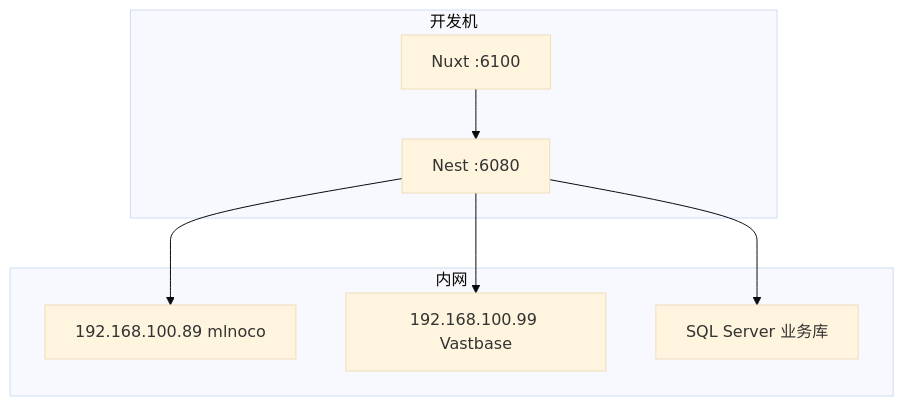
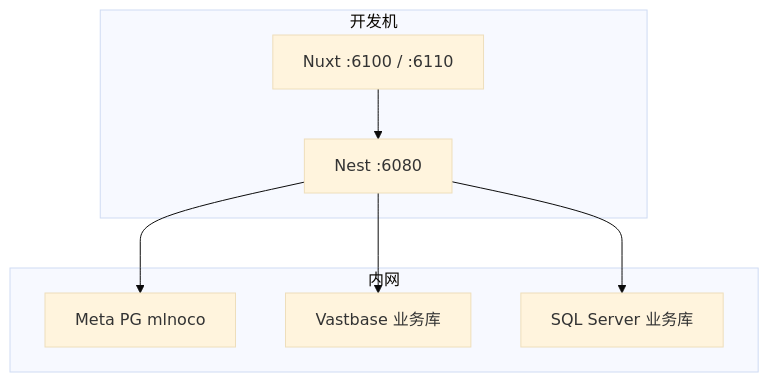
Before and after one commit to TristanTong/nocodb: the second of 2 diagrams in docs/02-架构设计文档.md, drawn with Mermaid (base theme). The commit also changed other lines of this file and 10 other files, not shown here.

````diff
--- a/docs/02-架构设计文档.md
+++ b/docs/02-架构设计文档.md
@@ -42,16 +45,16 @@
 ```mermaid
 flowchart TB
   subgraph DevHost[开发机]
-    FE[Nuxt :6100]
+    FE[Nuxt :6100 / :6110]
     BE[Nest :6080]
   end
   subgraph LAN[内网]
-    PGMeta[192.168.100.89 mlnoco]
-    VB[192.168.100.99 Vastbase]
+    PGMeta[Meta PG mlnoco]
+    VB[Vastbase 业务库]
     MSSQL[SQL Server 业务库]
   end
   FE --> BE
   BE --> PGMeta
   BE --> VB
   BE --> MSSQL
 ```
````
